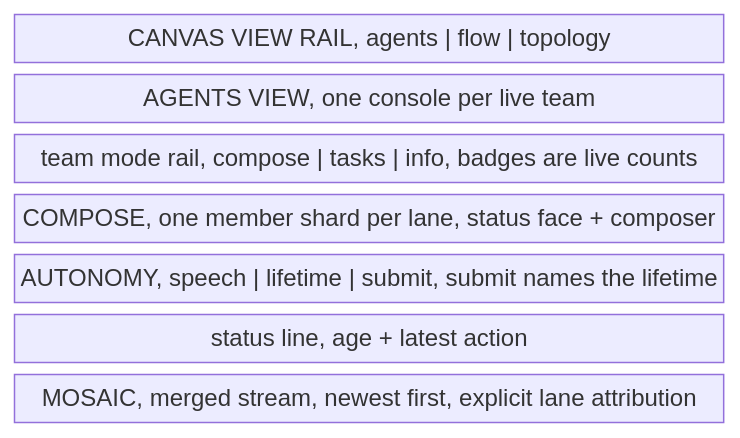
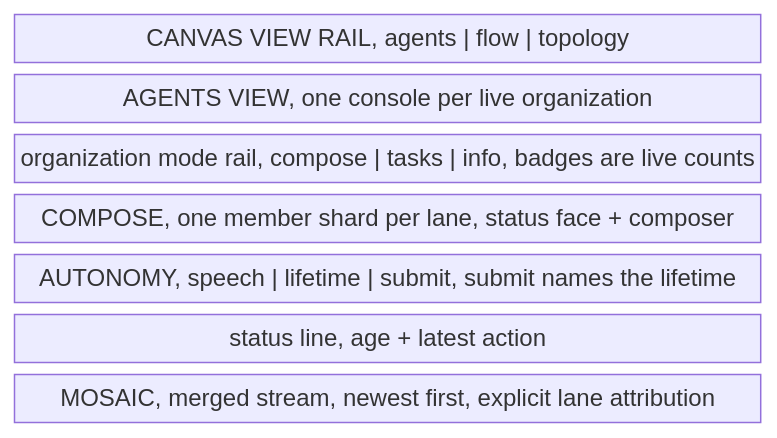
Diagram 17 of 17 in docs/product/loops.md (infimalabs/spice-rust), drawn with Mermaid before and after one commit. The commit also changed other lines of this file and 99 other files, not shown here.

````diff
--- a/docs/product/loops.md
+++ b/docs/product/loops.md
@@ -589,11 +589,11 @@
 ```mermaid
 block-beta
   columns 1
   G["CANVAS VIEW RAIL, agents | flow | topology"]
-  C["AGENTS VIEW, one console per live team"]
-  R["team mode rail, compose | tasks | info, badges are live counts"]
+  C["AGENTS VIEW, one console per live organization"]
+  R["organization mode rail, compose | tasks | info, badges are live counts"]
   W["COMPOSE, one member shard per lane, status face + composer"]
   A["AUTONOMY, speech | lifetime | submit, submit names the lifetime"]
   S["status line, age + latest action"]
   M["MOSAIC, merged stream, newest first, explicit lane attribution"]
 ```
````
